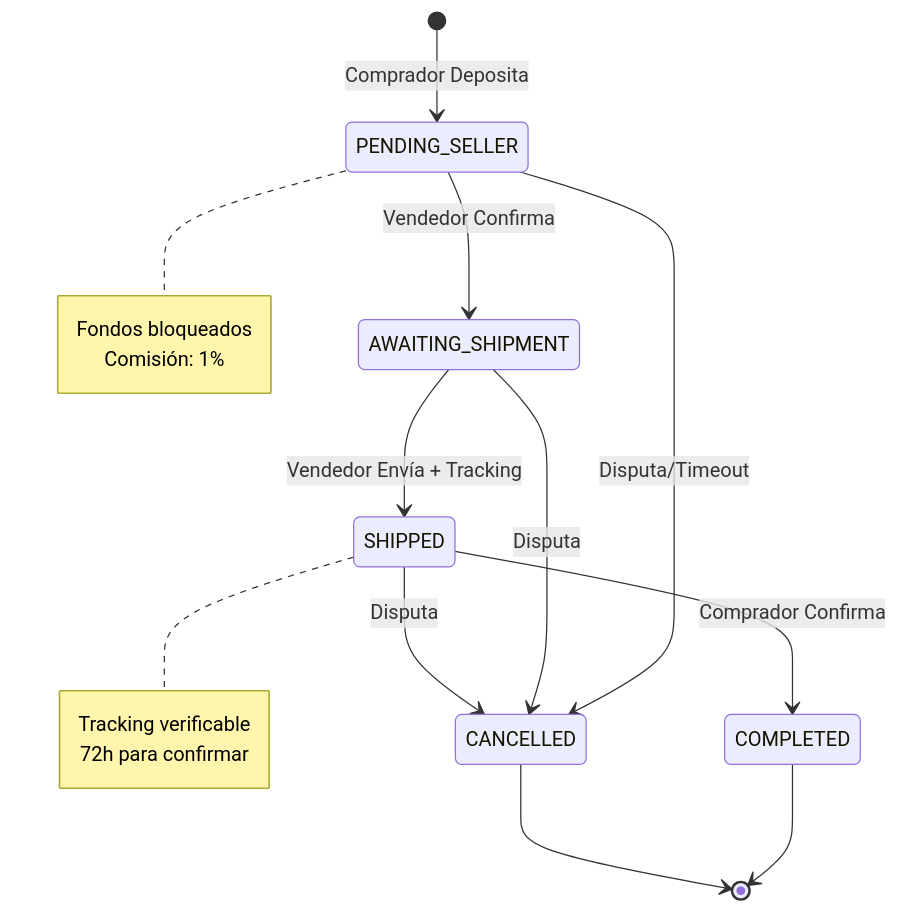
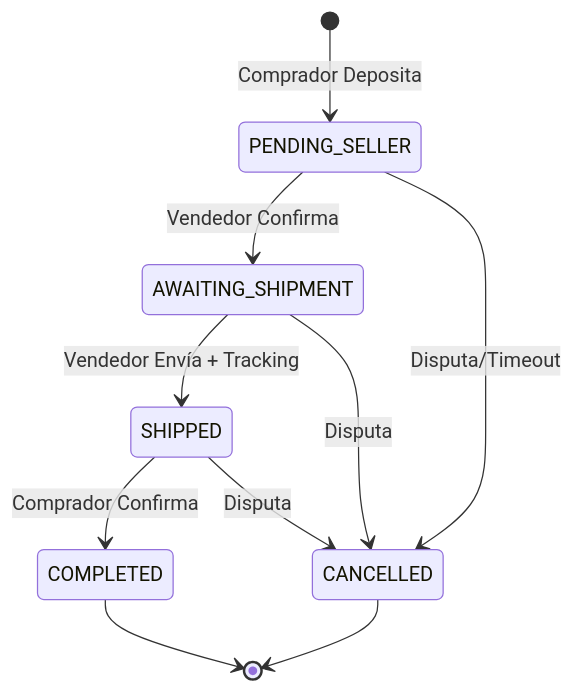
Before and after one commit to Venegas2242/blockchain-simulator: the fifth of 7 diagrams in blockchain-analysis.md, drawn with Mermaid. The commit also changed other lines of this file, not shown here.

````diff
--- a/blockchain-analysis.md
+++ b/blockchain-analysis.md
@@ -220,24 +219,14 @@
 ```mermaid
 stateDiagram-v2
     [*] --> PENDING_SELLER: Comprador Deposita
     PENDING_SELLER --> AWAITING_SHIPMENT: Vendedor Confirma
     AWAITING_SHIPMENT --> SHIPPED: Vendedor Envía + Tracking
     SHIPPED --> COMPLETED: Comprador Confirma
     
     PENDING_SELLER --> CANCELLED: Disputa/Timeout
     AWAITING_SHIPMENT --> CANCELLED: Disputa
     SHIPPED --> CANCELLED: Disputa
     
     COMPLETED --> [*]
     CANCELLED --> [*]
-    
-    note right of PENDING_SELLER
-        Fondos bloqueados
-        Comisión: 1%
-    end note
-    
-    note right of SHIPPED
-        Tracking verificable
-        72h para confirmar
-    end note
 ```
````
